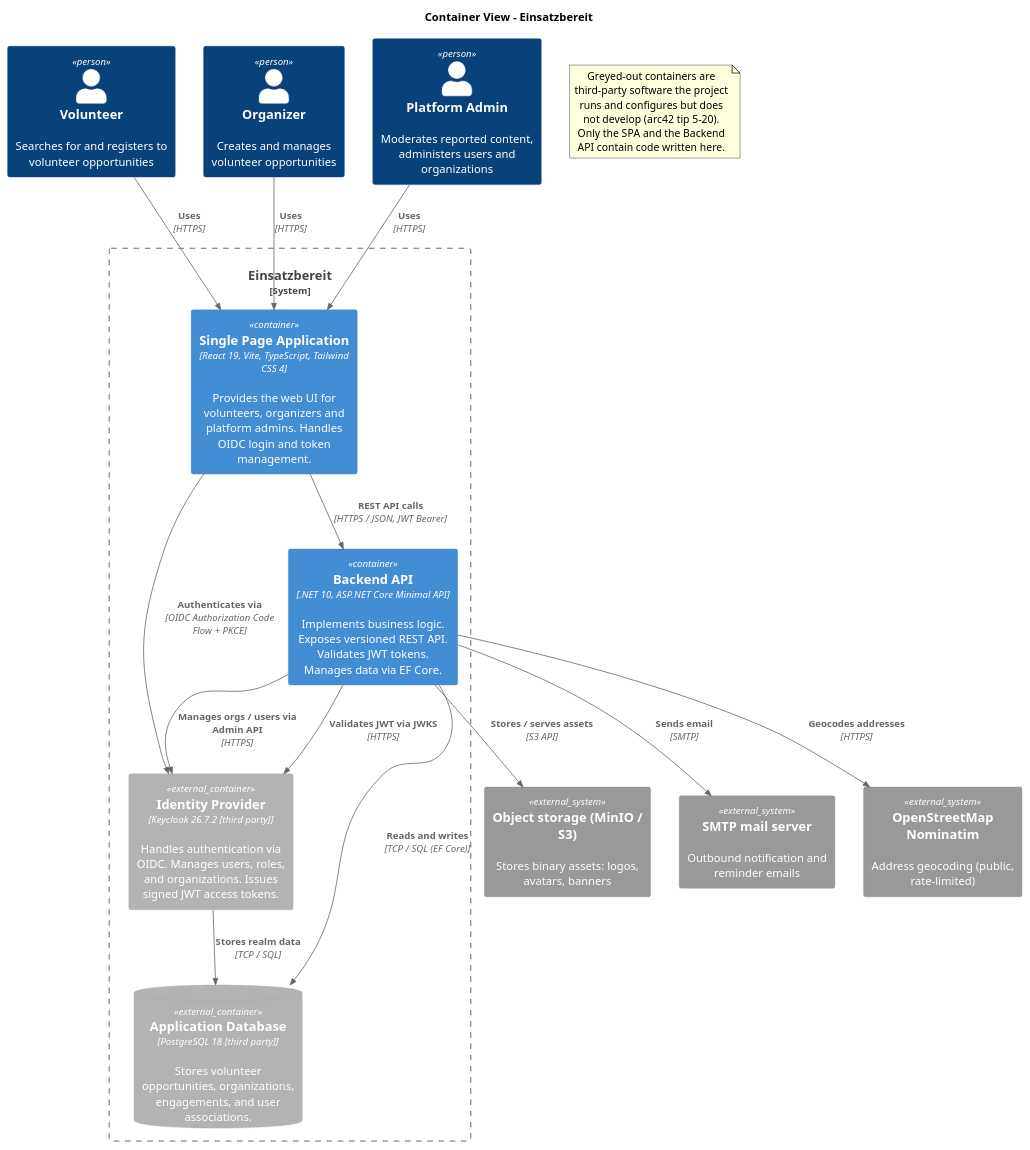
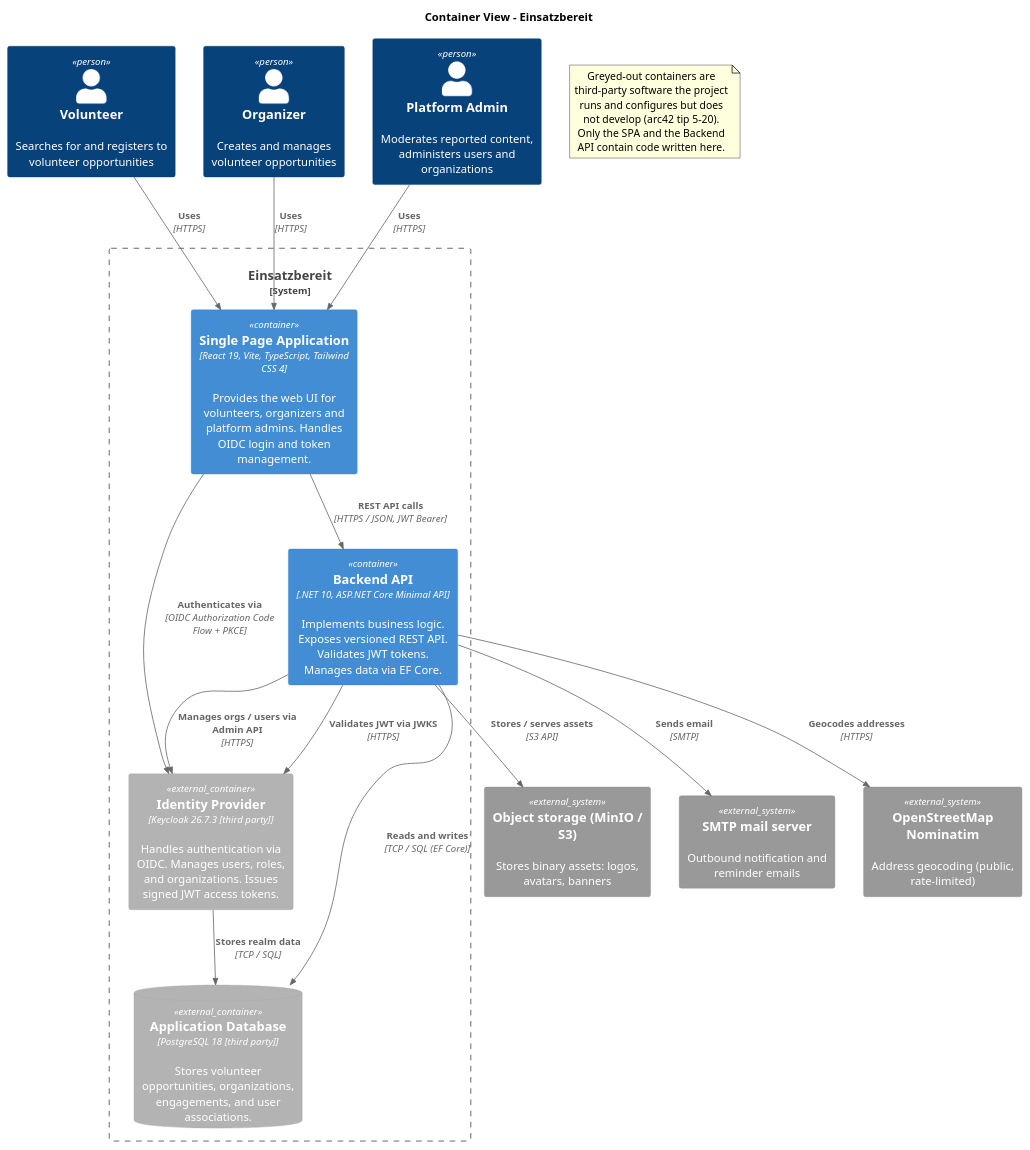
One commit to maik-hasler/einsatzbereit changed the diagram in docs/Architecture/images/container-view.puml. Above: the diagram before and after it, drawn with PlantUML. The commit also changed 10 other files, not shown here.

```diff
--- a/docs/Architecture/images/container-view.puml
+++ b/docs/Architecture/images/container-view.puml
@@ -1,41 +1,41 @@
 @startuml Container View
 
 !include <C4/C4_Container>
 
 title Container View - Einsatzbereit
 
 Person(volunteer, "Volunteer", "Searches for and registers to volunteer opportunities")
 Person(organizer, "Organizer", "Creates and manages volunteer opportunities")
 Person(admin, "Platform Admin", "Moderates reported content, administers users and organizations")
 
 System_Boundary(einsatzbereit, "Einsatzbereit") {
 		Container(frontend, "Single Page Application", "React 19, Vite, TypeScript, Tailwind CSS 4", "Provides the web UI for volunteers, organizers and platform admins. Handles OIDC login and token management.")
 		Container(backend, "Backend API", ".NET 10, ASP.NET Core Minimal API", "Implements business logic. Exposes versioned REST API. Validates JWT tokens. Manages data via EF Core.")
 		ContainerDb_Ext(db, "Application Database", "PostgreSQL 18 [third party]", "Stores volunteer opportunities, organizations, engagements, and user associations.")
-		Container_Ext(keycloak, "Identity Provider", "Keycloak 26.7.2 [third party]", "Handles authentication via OIDC. Manages users, roles, and organizations. Issues signed JWT access tokens.")
+		Container_Ext(keycloak, "Identity Provider", "Keycloak 26.7.3 [third party]", "Handles authentication via OIDC. Manages users, roles, and organizations. Issues signed JWT access tokens.")
 }
 
 System_Ext(objectstore, "Object storage (MinIO / S3)", "Stores binary assets: logos, avatars, banners")
 System_Ext(smtp, "SMTP mail server", "Outbound notification and reminder emails")
 System_Ext(nominatim, "OpenStreetMap Nominatim", "Address geocoding (public, rate-limited)")
 
 Rel(volunteer, frontend, "Uses", "HTTPS")
 Rel(organizer, frontend, "Uses", "HTTPS")
 Rel(admin, frontend, "Uses", "HTTPS")
 Rel(frontend, backend, "REST API calls", "HTTPS / JSON, JWT Bearer")
 Rel(frontend, keycloak, "Authenticates via", "OIDC Authorization Code Flow + PKCE")
 Rel(backend, db, "Reads and writes", "TCP / SQL (EF Core)")
 Rel(backend, keycloak, "Validates JWT via JWKS", "HTTPS")
 Rel(backend, keycloak, "Manages orgs / users via Admin API", "HTTPS")
 Rel(backend, objectstore, "Stores / serves assets", "S3 API")
 Rel(backend, smtp, "Sends email", "SMTP")
 Rel(backend, nominatim, "Geocodes addresses", "HTTPS")
 Rel(keycloak, db, "Stores realm data", "TCP / SQL")
 
 note as ThirdParty
 	Greyed-out containers are third-party software the project
 	runs and configures but does not develop (arc42 tip 5-20).
 	Only the SPA and the Backend API contain code written here.
 end note
 
 @enduml
```
